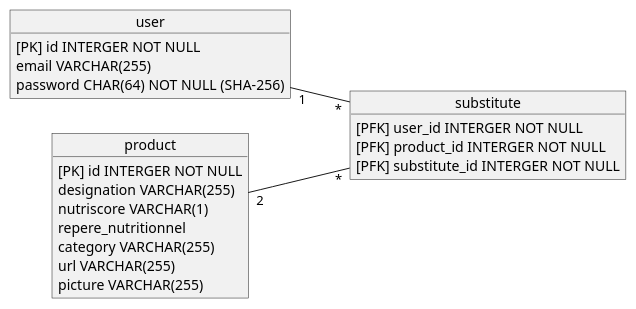
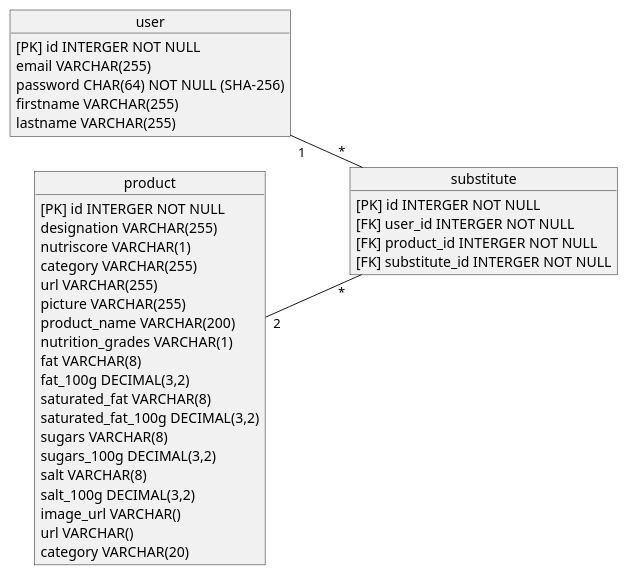
Before and after one commit to Zepmanbc/oc_dapython_pr8: the diagram in doc/uml/06_MPD.puml, drawn with PlantUML. The commit also changed 8 other files, not shown here.

```diff
--- a/doc/uml/06_MPD.puml
+++ b/doc/uml/06_MPD.puml
@@ -1,31 +1,46 @@
 @startuml 06_MPD
 
 left to right direction
 
 object user{
     [PK] id INTERGER NOT NULL
     email VARCHAR(255)
     password CHAR(64) NOT NULL (SHA-256)
+    firstname VARCHAR(255)
+    lastname VARCHAR(255)
 }
 
 object product{
     [PK] id INTERGER NOT NULL
     designation VARCHAR(255)
     nutriscore VARCHAR(1)
-    repere_nutritionnel
     category VARCHAR(255)
     url VARCHAR(255)
     picture VARCHAR(255)
+    product_name VARCHAR(200)
+    nutrition_grades VARCHAR(1)
+    fat VARCHAR(8)
+    fat_100g DECIMAL(3,2)
+    saturated_fat VARCHAR(8)
+    saturated_fat_100g DECIMAL(3,2)
+    sugars VARCHAR(8)
+    sugars_100g DECIMAL(3,2)
+    salt VARCHAR(8)
+    salt_100g DECIMAL(3,2)
+    image_url VARCHAR()
+    url VARCHAR()
+    category VARCHAR(20)
 }
 
 object substitute{
-    [PFK] user_id INTERGER NOT NULL
-    [PFK] product_id INTERGER NOT NULL
-    [PFK] substitute_id INTERGER NOT NULL
+    [PK] id INTERGER NOT NULL
+    [FK] user_id INTERGER NOT NULL
+    [FK] product_id INTERGER NOT NULL
+    [FK] substitute_id INTERGER NOT NULL
 }
 
 user "1" -- "*" substitute
 product "2" -- "*" substitute
 
 
 @enduml
```
